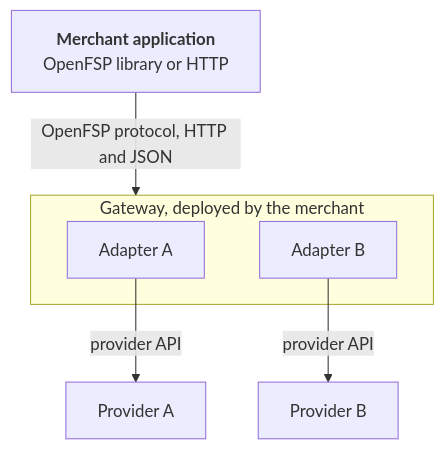
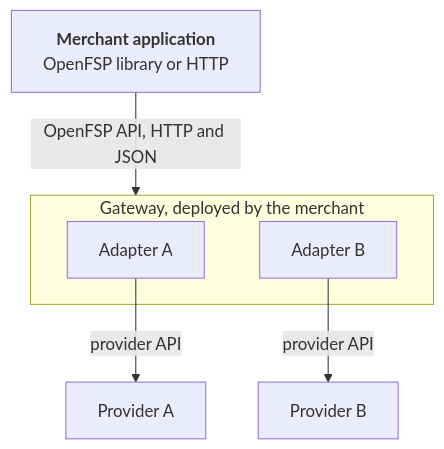
Before and after one commit to openfspht/openfsp.org: the diagram in content/docs/gateway.mdx, drawn with Mermaid. The commit also changed other lines of this file and 33 other files, not shown here.

````diff
--- a/content/docs/gateway.mdx
+++ b/content/docs/gateway.mdx
@@ -23,13 +23,13 @@
 ```mermaid
 flowchart TD
     A["<b>Merchant application</b><br/>OpenFSP library or HTTP"]
     subgraph G["Gateway, deployed by the merchant"]
         AD1["Adapter A"]
         AD2["Adapter B"]
     end
     P1["Provider A"]
     P2["Provider B"]
-    A -- "OpenFSP protocol, HTTP and JSON" --> G
+    A -- "OpenFSP API, HTTP and JSON" --> G
     AD1 -- "provider API" --> P1
     AD2 -- "provider API" --> P2
 ```
````
